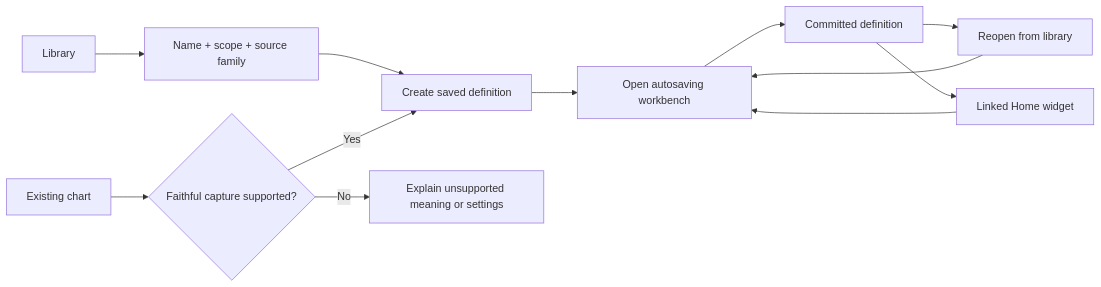
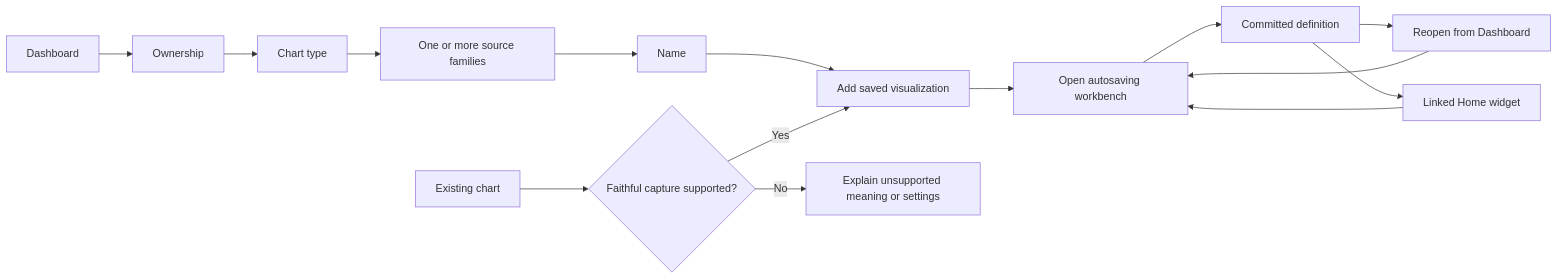
The first of 2 diagrams in docs/v1-visualization-foundation.md (ORNL-AMO/VERIFI), drawn with Mermaid before and after one commit. The commit also changed other lines of this file and 9 other files, not shown here.

Commit message:
feat(visualizations): define chart-first multi-source setup intent

````diff
--- a/docs/v1-visualization-foundation.md
+++ b/docs/v1-visualization-foundation.md
@@ -22,14 +22,17 @@
 ```mermaid
 flowchart LR
-  Library --> Choice[Name + scope + source family]
-  Choice --> Commit[Create saved definition]
+  Dashboard --> Owner[Ownership]
+  Owner --> Chart[Chart type]
+  Chart --> Families[One or more source families]
+  Families --> Name[Name]
+  Name --> Commit[Add saved visualization]
   Existing[Existing chart] --> Fidelity{Faithful capture supported?}
   Fidelity -->|Yes| Commit
   Fidelity -->|No| Explain[Explain unsupported meaning or settings]
   Commit --> Workbench[Open autosaving workbench]
   Workbench --> Saved[Committed definition]
-  Saved --> Reopen[Reopen from library]
+  Saved --> Reopen[Reopen from Dashboard]
   Saved --> Home[Linked Home widget]
   Reopen --> Workbench
   Home --> Workbench
 ```
````
